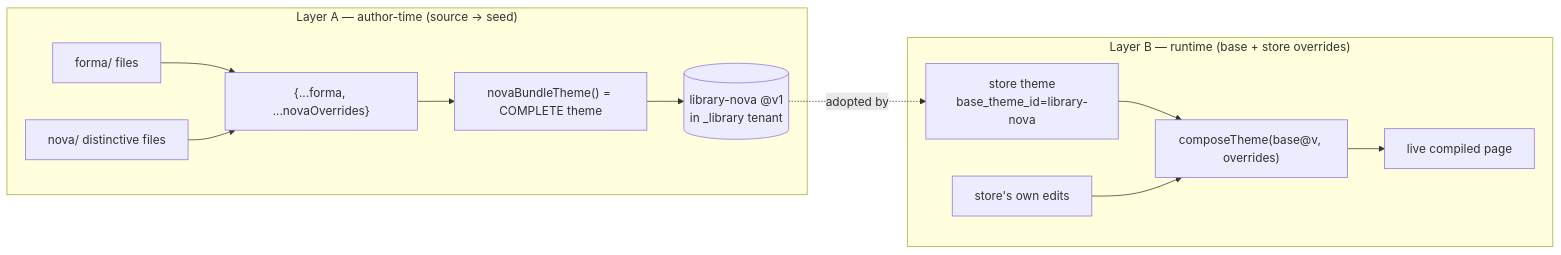
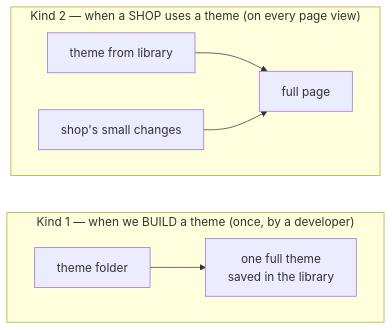
One commit to primathontech/ratio-3.0 changed the third of 8 diagrams in packages/builder-core/src/theme/ARCHITECTURE.md. Above: the diagram before and after it, drawn with Mermaid. The commit also changed other lines of this file and 1 other file, not shown here.

First line of the commit message:
docs(theme): rewrite theme docs in simple English + more diagrams (#324)

````diff
--- a/packages/builder-core/src/theme/ARCHITECTURE.md
+++ b/packages/builder-core/src/theme/ARCHITECTURE.md
@@ -19,15 +43,12 @@
 ```mermaid
 flowchart LR
-  subgraph A["Layer A — author-time (source → seed)"]
-    forma[forma/ files] --> compose1["{...forma, ...novaOverrides}"]
-    novaSrc[nova/ distinctive files] --> compose1
-    compose1 --> full["novaBundleTheme() = COMPLETE theme"]
-    full --> seed[(library-nova @v1<br/>in _library tenant)]
+  subgraph K1["Kind 1 — when we BUILD a theme (once, by a developer)"]
+    direction LR
+    a["theme folder"] --> b["one full theme<br/>saved in the library"]
   end
-  subgraph B["Layer B — runtime (base + store overrides)"]
-    seed -. adopted by .-> store
-    store[store theme<br/>base_theme_id=library-nova] --> composeR["composeTheme(base@v, overrides)"]
-    edits[store's own edits] --> composeR
-    composeR --> live["live compiled page"]
+  subgraph K2["Kind 2 — when a SHOP uses a theme (on every page view)"]
+    direction LR
+    c["theme from library"] --> e["full page"]
+    d["shop's small changes"] --> e
   end
 ```
````
